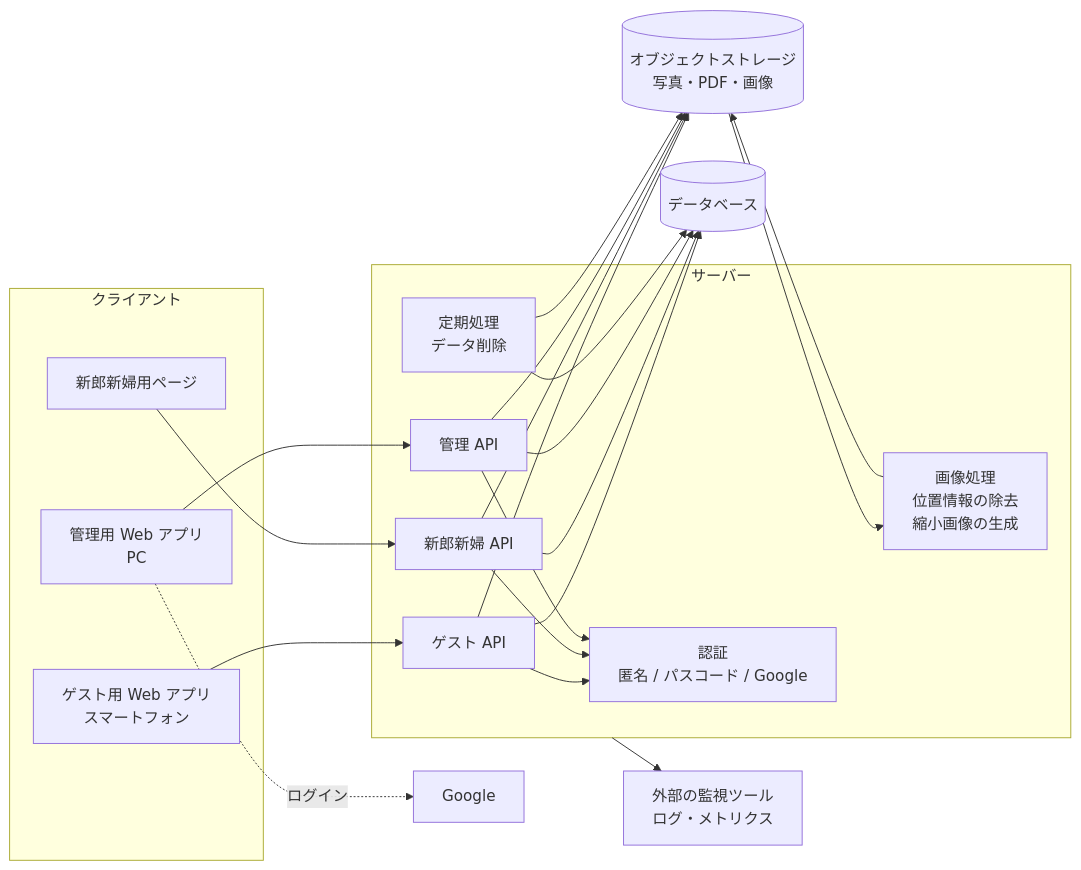
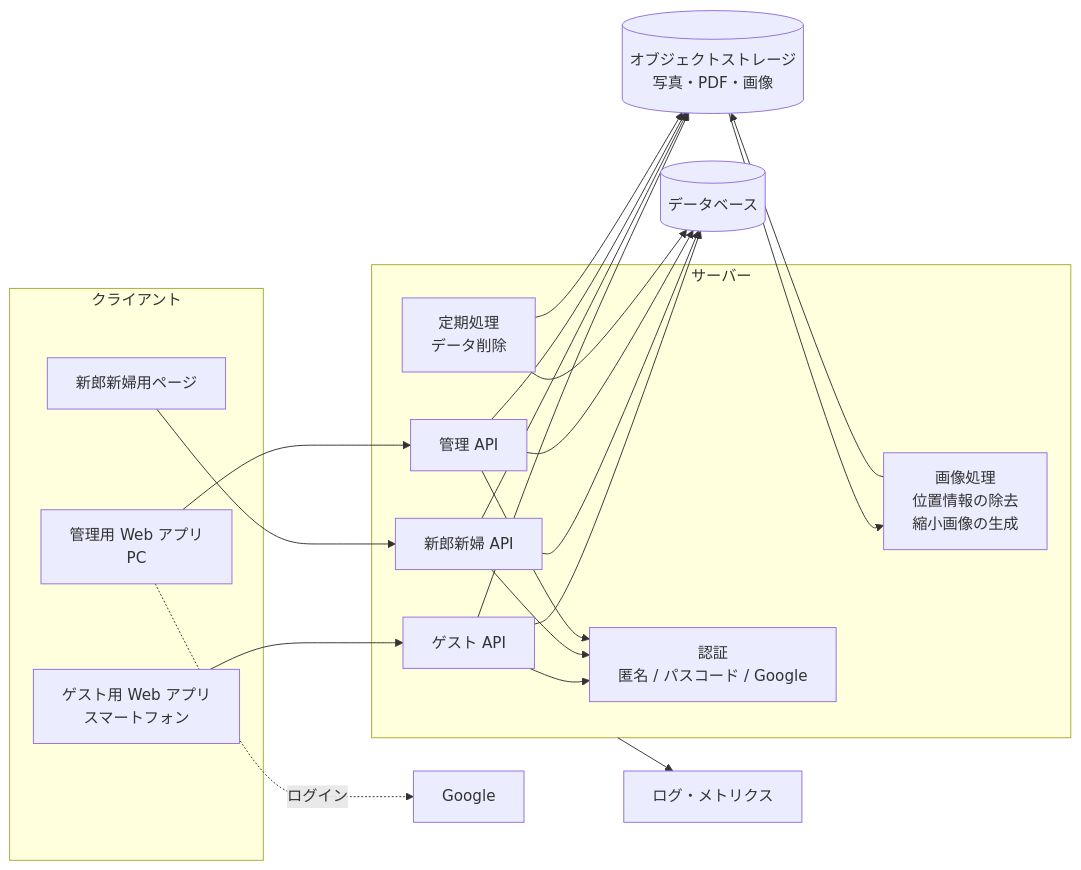
One commit to Nagomu0128/would-you-marry.me changed the diagram in docs/design/architecture.md. Above: the diagram before and after it, drawn with Mermaid. The commit also changed other lines of this file and 11 other files, not shown here.

````diff
--- a/docs/design/architecture.md
+++ b/docs/design/architecture.md
@@ -9,39 +9,39 @@
 ```mermaid
 flowchart LR
     subgraph Client[クライアント]
         GW[ゲスト用 Web アプリ<br/>スマートフォン]
         CW[新郎新婦用ページ]
         AW[管理用 Web アプリ<br/>PC]
     end
     subgraph Server[サーバー]
         GAPI[ゲスト API]
         CAPI[新郎新婦 API]
         AAPI[管理 API]
         AUTH[認証<br/>匿名 / パスコード / Google]
         IMG[画像処理<br/>位置情報の除去<br/>縮小画像の生成]
         JOB[定期処理<br/>データ削除]
     end
     DB[(データベース)]
     OS[(オブジェクトストレージ<br/>写真・PDF・画像)]
-    MON[外部の監視ツール<br/>ログ・メトリクス]
+    MON[ログ・メトリクス]
     GOOGLE[Google]
 
     GW --> GAPI
     CW --> CAPI
     AW --> AAPI
     AW -.->|ログイン| GOOGLE
     GAPI --> AUTH
     CAPI --> AUTH
     AAPI --> AUTH
     GAPI --> DB
     CAPI --> DB
     AAPI --> DB
     GAPI --> OS
     CAPI --> OS
     AAPI --> OS
     OS --> IMG
     IMG --> OS
     JOB --> DB
     JOB --> OS
     Server --> MON
 ```
````
